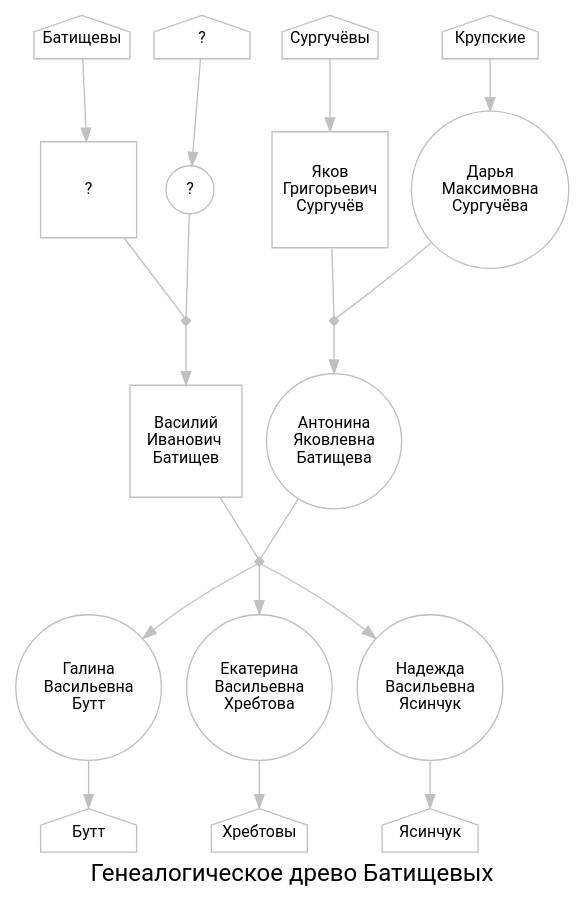
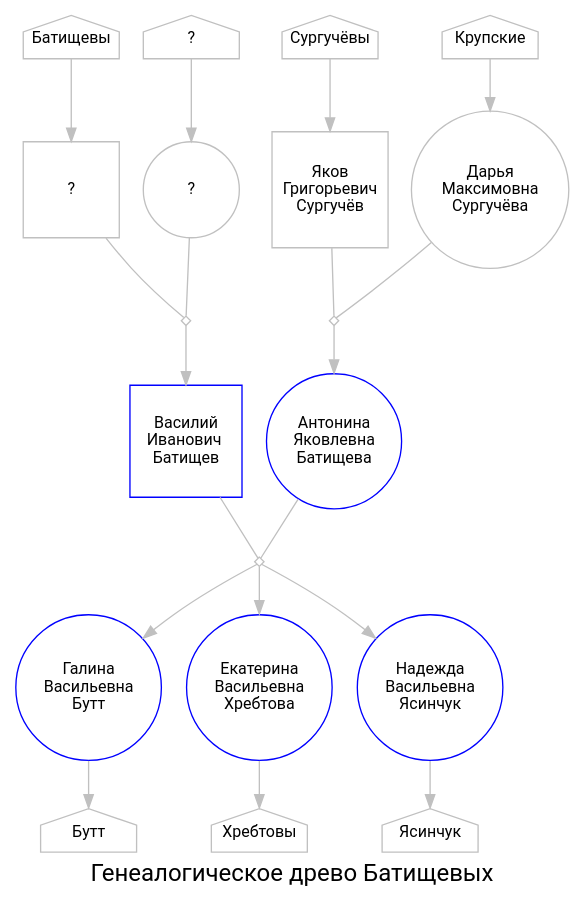
The diagram in Батищевы/index.qmd (EryxSpp/VM), drawn with Graphviz before and after one commit. The commit also changed 2 other files, not shown here.

Commit message:
Updated dot schema

````diff
--- a/Батищевы/index.qmd
+++ b/Батищевы/index.qmd
@@ -11,53 +11,53 @@
 ```{dot}
 digraph Батищевы {
 fontname="Roboto,Helvetica,Arial,sans-serif"
 fontsize=18.0
-node [fontname="Roboto,Helvetica,Arial,sans-serif", fontsize=12, color=silver]
-edge [fontname="Roboto,Helvetica,Arial,sans-serif", fontsize=12, color=silver]
+node [fontname="Roboto,Helvetica,Arial,sans-serif", fontsize=12, color=silver, style=filled, fillcolor=white, width=1, height=0.5, regular=1]
+edge [fontname="Roboto,Helvetica,Arial,sans-serif", fontsize=12, color=silver, weight=1]
 
 # page = "8.2677165,11.692913" ;
 #
 mincross = 2.0 ;
 mclimit = 2.0; 
 label = "Генеалогическое древо Батищевых" ;
 imagescale = true;
 
-TPA[shape=house, fixedsize=true, regular=0,style=filled,fillcolor=white,label="Батищевы", width=1];
-PA[shape=box, regular=1,style=filled,fillcolor=white,label="?", width=1];
+TPA[shape=house, fixedsize=true, regular=0,label="Батищевы"];
+TMA[shape=house, fixedsize=true, regular=0,label="?"];
+TPB[shape=house, fixedsize=true, regular=0,label="Сургучёвы"];
+TMB[shape=house, fixedsize=true, regular=0,label="Крупские"];
+TC1[shape=house, fixedsize=true, regular=0,label="Бутт"];
+TC2[shape=house, fixedsize=true, regular=0,label="Хребтовы"];
+TC3[shape=house, fixedsize=true, regular=0,label="Ясинчук"];
+PA[shape=box,     label="?"];
+MA[shape=circle,  label="?"];
+PB[shape=box,     label="Яков\nГригорьевич\nСургучёв", width=1];
+MB[shape=circle,  label="Дарья\nМаксимовна\nСургучёва", width=1];
+A [shape=box,     label=" Василий \n  Иванович  \n Батищев ", width=1, URL="//Батищевы/Василий_Иванович/index.qmd", color=blue];
+B [shape=circle,  label="Антонина\nЯковлевна\nБатищева", width=1, URL="//Батищевы/Антонина_Яковлевна/index.qmd", color=blue] ;
+C1 [shape=circle, label="Галина\nВасильевна\nБутт", width=1, URL="//Батищевы/Галина_Васильевна/index.qmd", color=blue] ;
+C2 [shape=circle, label="Екатерина\nВасильевна\nХребтова", width=1, URL="//Батищевы/Екатерина_Васильевна/index.qmd", color=blue] ;
+C3 [shape=circle, label="Надежда\nВасильевна\nЯсинчук", width=1, URL="//Батищевы/Надежда_Васильевна/index.qmd", color=blue] ;
+XA [shape=diamond, label="",height=.1,width=.1] ;
+XB [shape=diamond, label="",height=.1,width=.1] ;
+XC [shape=diamond, label="",height=.1,width=.1] ;
 TPA -> PA;
-TMA[shape=house, fixedsize=true, regular=0,style=filled,fillcolor=white,label="?", width=1];
-MA[shape=circle, regular=1,style=filled,fillcolor=white,label="?"];
 TMA -> MA;
-XA [shape=diamond,style=filled,label="",height=.1,width=.1] ;
-A [shape=box, regular=1,style=filled,fillcolor=white,label=" Василий \n  Иванович  \n Батищев ", width=1, URL="//Батищевы/Василий_Иванович/index.qmd"];
-PA -> XA[dir=none,weight=1];
-MA -> XA[dir=none,weight=1];
+PA -> XA[dir=none];
+MA -> XA[dir=none];
 XA -> A[weight=1];
-TPB[shape=house, fixedsize=true, regular=0,style=filled,fillcolor=white,label="Сургучёвы", width=1];
 TPB -> PB;
-PB[shape=box, regular=1,style=filled,fillcolor=white,label="Яков\nГригорьевич\nСургучёв", width=1];
-TMB[shape=house, fixedsize=true, regular=0,style=filled,fillcolor=white,label="Крупские", width=1];
-MB[shape=circle, regular=1,style=filled,fillcolor=white,label="Дарья\nМаксимовна\nСургучёва", width=1];
 TMB -> MB;
-XB [shape=diamond,style=filled,label="",height=.1,width=.1] ;
-B [shape=circle, regular=1,style=filled,fillcolor=white,label="Антонина\nЯковлевна\nБатищева", width=1] ;
-PB -> XB[dir=none,weight=1];
-MB -> XB[dir=none,weight=1];
+PB -> XB[dir=none];
+MB -> XB[dir=none];
 XB -> B[weight=1];
-XC [shape=diamond,style=filled,label="",height=.1,width=.1] ;
-A -> XC[dir=none,weight=1];
-B -> XC[dir=none,weight=1];
-C1 [shape=circle, regular=1,style=filled,fillcolor=white,label="Галина\nВасильевна\nБутт", width=1] ;
-C2 [shape=circle, regular=1,style=filled,fillcolor=white,label="Екатерина\nВасильевна\nХребтова", width=1] ;
-C3 [shape=circle, regular=1,style=filled,fillcolor=white,label="Надежда\nВасильевна\nЯсинчук", width=1] ;
+A -> XC[dir=none];
+B -> XC[dir=none];
 XC -> C1;
 XC -> C2;
 XC -> C3;
-TC1[shape=house, fixedsize=true, regular=0,style=filled,fillcolor=white,label="Бутт", width=1];
 C1 ->TC1;
-TC2[shape=house, fixedsize=true, regular=0,style=filled,fillcolor=white,label="Хребтовы", width=1];
 C2 ->TC2;
-TC3[shape=house, fixedsize=true, regular=0,style=filled,fillcolor=white,label="Ясинчук", width=1];
 C3 ->TC3;
 }
 ```
````
